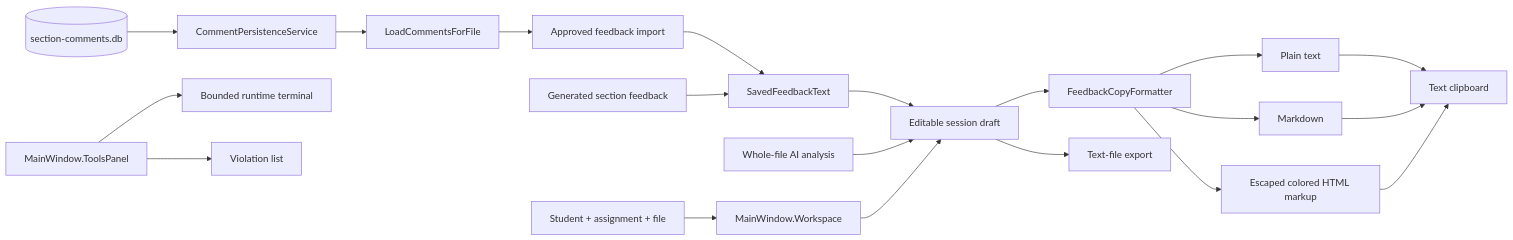
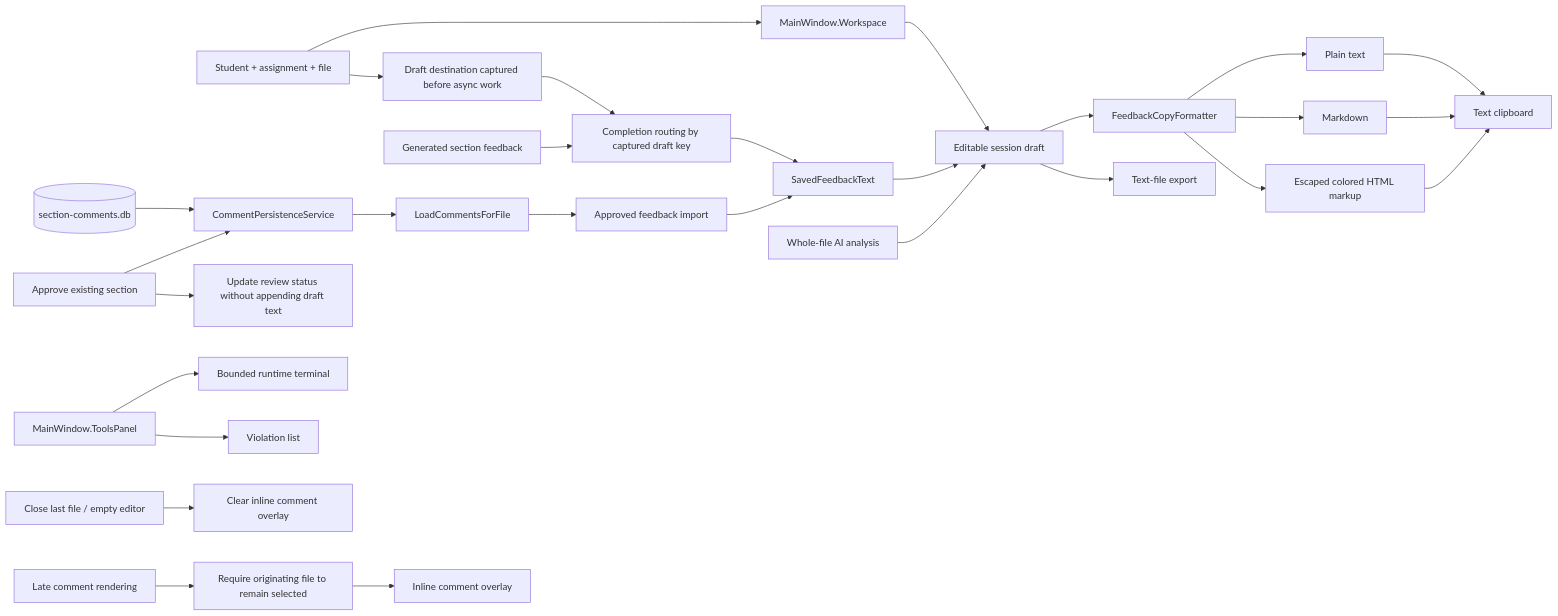
Before and after one commit to signalnotnoise/GuidedGrade: the sixth of 7 diagrams in KNOWLEDGE_GRAPH.md, drawn with Mermaid. The commit also changed other lines of this file and 10 other files, not shown here.

````diff
--- a/KNOWLEDGE_GRAPH.md
+++ b/KNOWLEDGE_GRAPH.md
@@ -252,22 +252,30 @@
 ```mermaid
 flowchart LR
     Selection[Student + assignment + file] --> Workspace[MainWindow.Workspace]
     SQLite[(section-comments.db)] --> Persistence[CommentPersistenceService]
     Persistence --> Load[LoadCommentsForFile]
     Load --> Approved[Approved feedback import]
     Approved --> Text[SavedFeedbackText]
-    Generated[Generated section feedback] --> Text
+    Selection --> Target[Draft destination captured before async work]
+    Target --> Routing[Completion routing by captured draft key]
+    Generated[Generated section feedback] --> Routing
+    Routing --> Text
+    Approval[Approve existing section] --> Persistence
+    Approval --> Status[Update review status without appending draft text]
     Text --> Draft[Editable session draft]
     Analysis[Whole-file AI analysis] --> Draft
     Workspace --> Draft
     Draft --> Formatter[FeedbackCopyFormatter]
     Formatter --> TXT[Plain text]
     Formatter --> MD[Markdown]
     Formatter --> HTML[Escaped colored HTML markup]
     TXT --> Clipboard[Text clipboard]
     MD --> Clipboard
     HTML --> Clipboard
     Draft --> Export[Text-file export]
     Tools[MainWindow.ToolsPanel] --> Console[Bounded runtime terminal]
     Tools --> Violations[Violation list]
+    Close[Close last file / empty editor] --> Clear[Clear inline comment overlay]
+    Late[Late comment rendering] --> Guard[Require originating file to remain selected]
+    Guard --> Overlay[Inline comment overlay]
 ```
````
